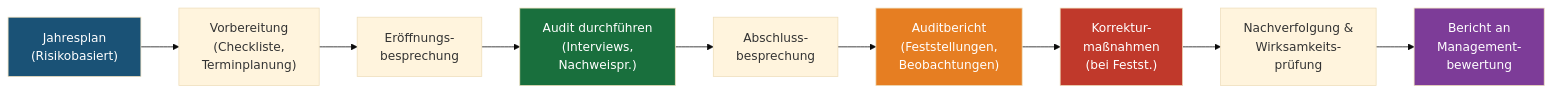
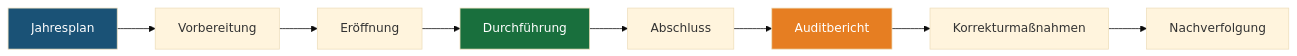
Before and after one commit to fwornle/iso-9001: the diagram in docs/performance/internal-audit-program.de.md, drawn with Mermaid (base theme). The commit also changed other lines of this file and 41 other files, not shown here.

````diff
--- a/docs/performance/internal-audit-program.de.md
+++ b/docs/performance/internal-audit-program.de.md
@@ -76,16 +51,13 @@
-```mermaid
-graph LR
-    A["Jahresplan<br/>(Risikobasiert)"] --> B["Vorbereitung<br/>(Checkliste,<br/>Terminplanung)"]
-    B --> C["Eröffnungs-<br/>besprechung"]
-    C --> D["Audit durchführen<br/>(Interviews,<br/>Nachweispr.)"]
-    D --> E["Abschluss-<br/>besprechung"]
-    E --> F["Auditbericht<br/>(Feststellungen,<br/>Beobachtungen)"]
-    F --> G["Korrektur-<br/>maßnahmen<br/>(bei Festst.)"]
-    G --> H["Nachverfolgung &<br/>Wirksamkeits-<br/>prüfung"]
-    H --> I["Bericht an<br/>Management-<br/>bewertung"]
-    style A fill:#1a5276,color:#fff
-    style D fill:#196f3d,color:#fff
-    style F fill:#e67e22,color:#fff
-    style G fill:#c0392b,color:#fff
-    style I fill:#7d3c98,color:#fff
-```
+    ```mermaid
+    graph LR
+        A["Jahresplan"] --> B["Vorbereitung"]
+        B --> C["Eröffnung"]
+        C --> D["Durchführung"]
+        D --> E["Abschluss"]
+        E --> F["Auditbericht"]
+        F --> G["Korrekturmaßnahmen"]
+        G --> H["Nachverfolgung"]
+        style A fill:#1a5276,color:#fff
+        style D fill:#196f3d,color:#fff
+        style F fill:#e67e22,color:#fff
+    ```
````
